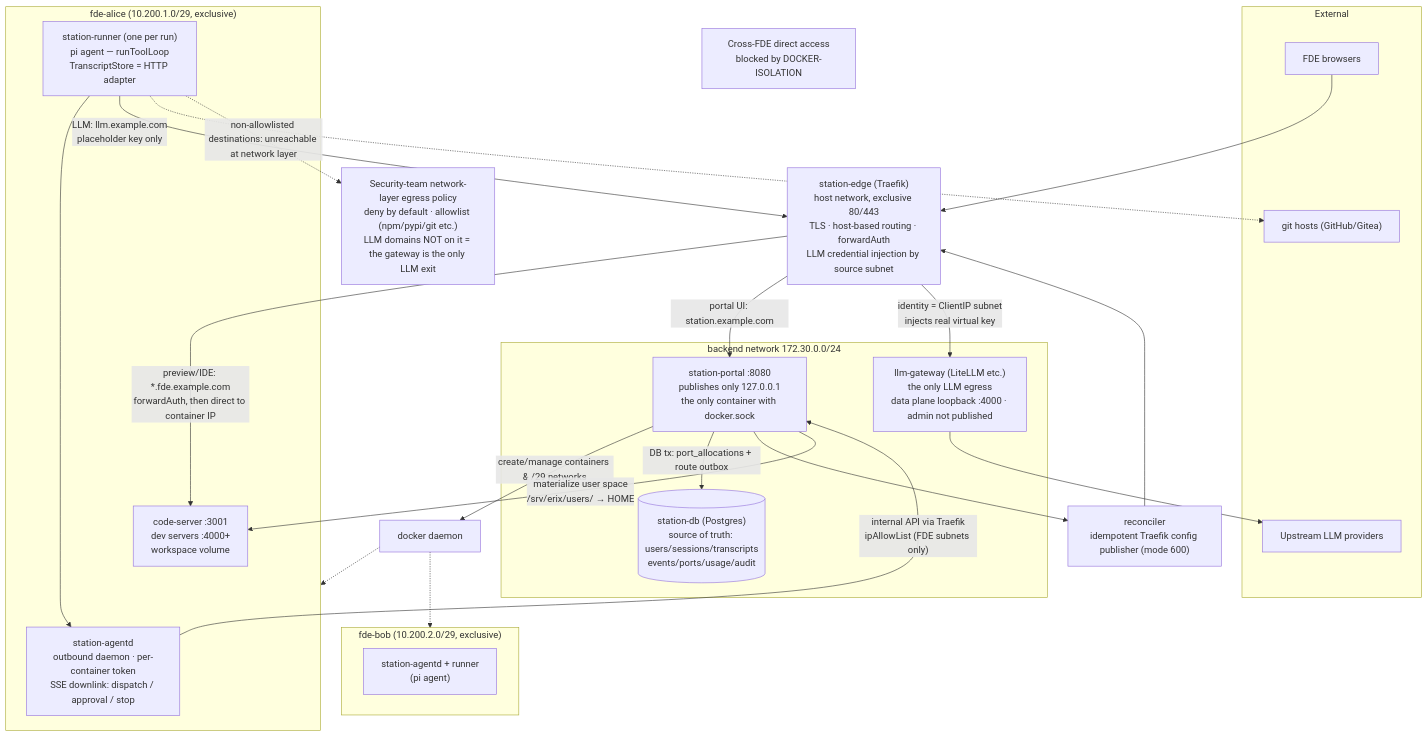
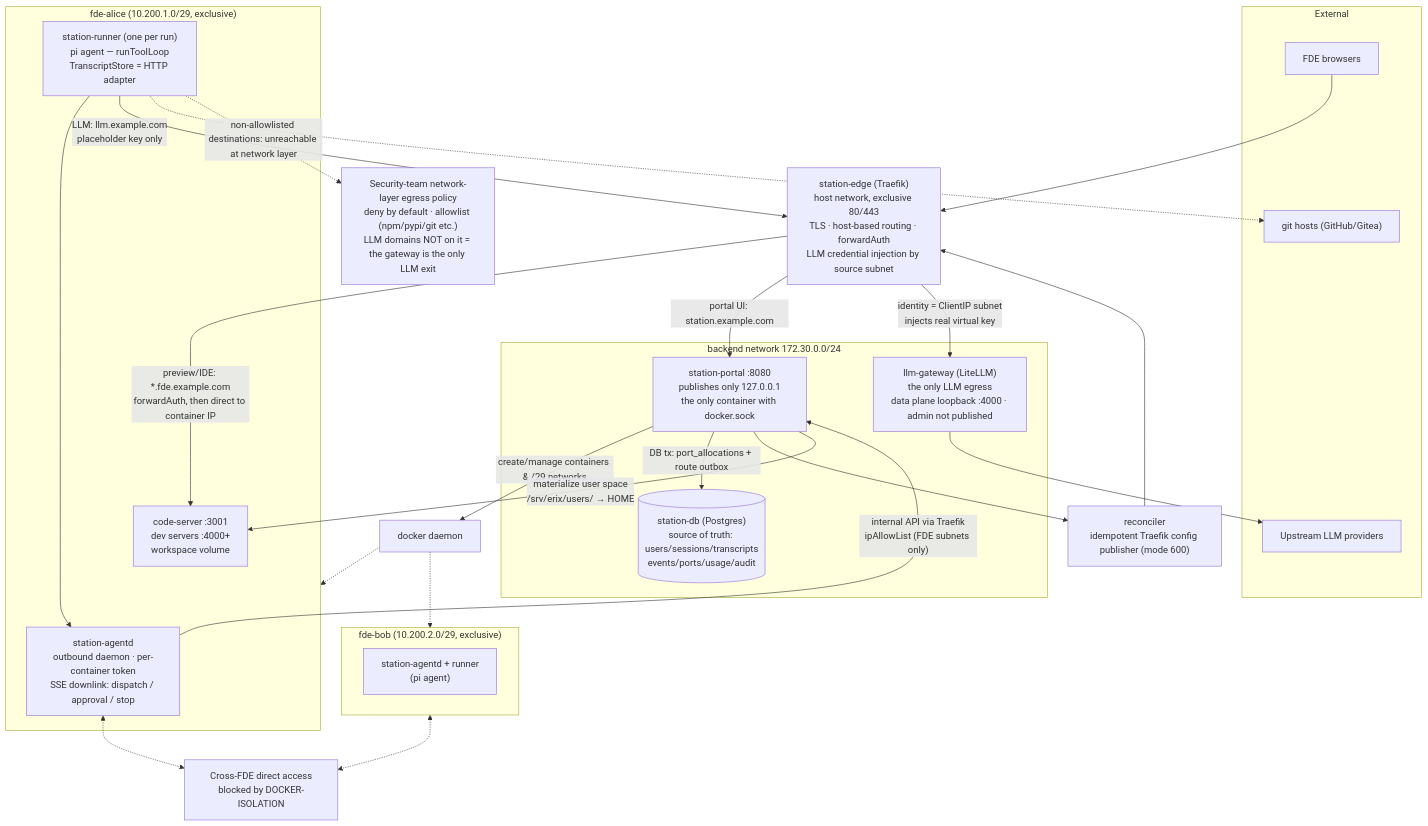
Before and after one commit to ErixWong/erix-station: the second of 4 diagrams in docs/charts.en.md, drawn with Mermaid. The commit also changed other lines of this file and 14 other files, not shown here.

````diff
--- a/docs/charts.en.md
+++ b/docs/charts.en.md
@@ -42,50 +42,52 @@
 ```mermaid
 flowchart TB
     subgraph ext["External"]
         BR2["FDE browsers"]
         UP2["Upstream LLM providers"]
         GIT["git hosts (GitHub/Gitea)"]
     end
 
     TRA["station-edge (Traefik)<br/>host network, exclusive 80/443<br/>TLS · host-based routing · forwardAuth<br/>LLM credential injection by source subnet"]
 
     subgraph backend["backend network 172.30.0.0/24"]
         POR["station-portal :8080<br/>publishes only 127.0.0.1<br/>the only container with docker.sock"]
         DB2[("station-db (Postgres)<br/>source of truth: users/sessions/transcripts<br/>events/ports/usage/audit")]
-        LLM["llm-gateway (LiteLLM etc.)<br/>the only LLM egress<br/>data plane loopback :4000 · admin not published"]
+        LLM["llm-gateway (LiteLLM)<br/>the only LLM egress<br/>data plane loopback :4000 · admin not published"]
     end
 
     subgraph fdeA["fde-alice (10.200.1.0/29, exclusive)"]
         AGD["station-agentd<br/>outbound daemon · per-container token<br/>SSE downlink: dispatch / approval / stop"]
         RUN["station-runner (one per run)<br/>pi agent — runToolLoop<br/>TranscriptStore = HTTP adapter"]
         CS["code-server :3001<br/>dev servers :4000+<br/>workspace volume"]
     end
 
     subgraph fdeB["fde-bob (10.200.2.0/29, exclusive)"]
         AGD2["station-agentd + runner<br/>(pi agent)"]
     end
 
     REC["reconciler<br/>idempotent Traefik config publisher (mode 600)"]
     DOCK["docker daemon"]
     BLOCK["Cross-FDE direct access<br/>blocked by DOCKER-ISOLATION"]
     EGRESS["Security-team network-layer egress policy<br/>deny by default · allowlist (npm/pypi/git etc.)<br/>LLM domains NOT on it = the gateway is the only LLM exit"]
 
     BR2 --> TRA
     TRA -- "portal UI: station.example.com" --> POR
     TRA -- "preview/IDE: *.fde.example.com<br/>forwardAuth, then direct to container IP" --> CS
 
     AGD -- "internal API via Traefik<br/>ipAllowList (FDE subnets only)" --> POR
     RUN --> AGD
     RUN -- "LLM: llm.example.com<br/>placeholder key only" --> TRA
     TRA -- "identity = ClientIP subnet<br/>injects real virtual key" --> LLM
     LLM --> UP2
 
     POR -- "create/manage containers & /29 networks" --> DOCK
     DOCK -.-> fdeA
     DOCK -.-> fdeB
     POR -- "DB tx: port_allocations + route outbox" --> DB2
     POR --> REC --> TRA
     POR -- "materialize user space<br/>/srv/erix/users/<fde> → HOME" --> CS
     RUN -.-> GIT
     RUN -. "non-allowlisted destinations: unreachable at network layer" .-> EGRESS
+    AGD <-.-> BLOCK
+    fdeB <-.-> BLOCK
 ```
````
